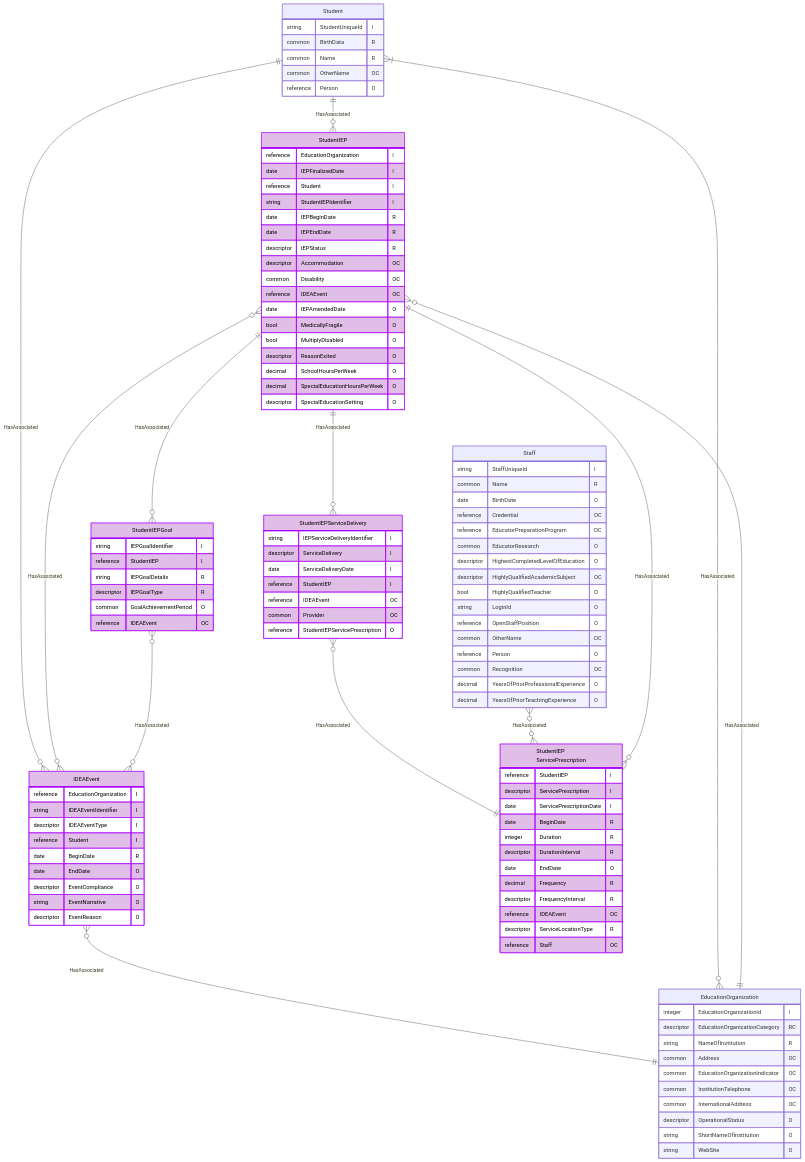
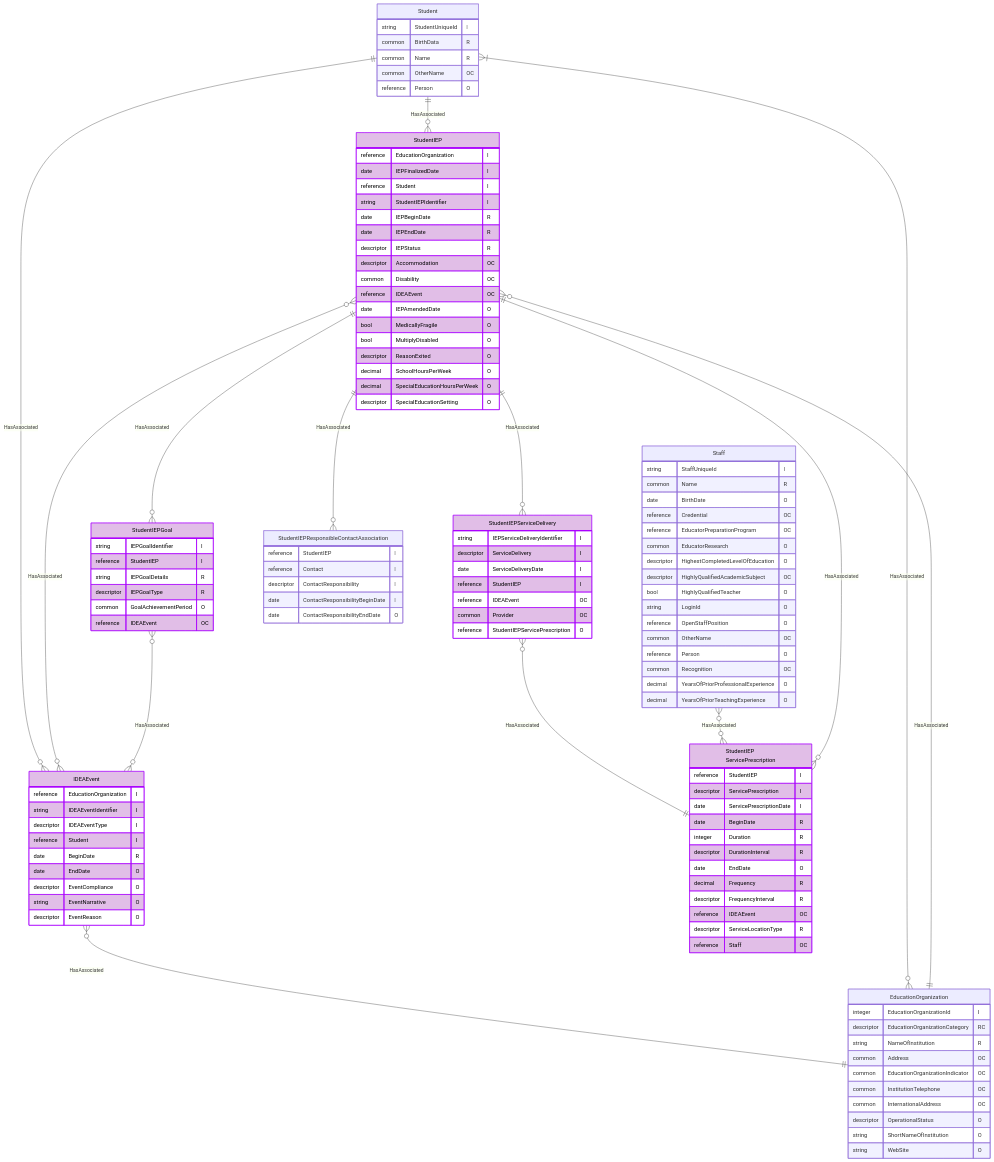
Before and after one commit to Ed-Fi-Alliance-OSS/ed-fi-alliance-oss.github.io: the diagram in dataStandard_versioned_docs/version-6/model-reference/special-education-data-model-domain/SpecialEducationDataModel.mmd, drawn with Mermaid. The commit also changed 4 other files, not shown here.

```diff
--- a/dataStandard_versioned_docs/version-6/model-reference/special-education-data-model-domain/SpecialEducationDataModel.mmd
+++ b/dataStandard_versioned_docs/version-6/model-reference/special-education-data-model-domain/SpecialEducationDataModel.mmd
@@ -1,124 +1,134 @@
 erDiagram
  StudentIEP {
      reference EducationOrganization "I"
      date IEPFinalizedDate "I"
      reference Student "I"
      string StudentIEPIdentifier "I"
      date IEPBeginDate "R"
      date IEPEndDate "R"
      descriptor IEPStatus "R"
      descriptor Accommodation "OC"
      common Disability "OC"
      reference IDEAEvent "OC"
      date IEPAmendedDate "O"
      bool MedicallyFragile "O"
      bool MultiplyDisabled "O"
      descriptor ReasonExited "O"
      decimal SchoolHoursPerWeek "O"
      decimal SpecialEducationHoursPerWeek "O"
      descriptor SpecialEducationSetting "O"
  }
 
  IDEAEvent {
      reference EducationOrganization "I"
      string IDEAEventIdentifier "I"
      descriptor IDEAEventType "I"
      reference Student "I"
      date BeginDate "R"
      date EndDate "O"
      descriptor EventCompliance "O"
      string EventNarrative "O"
      descriptor EventReason "O"
  }
 
  EducationOrganization {
      integer EducationOrganizationId "I"
      descriptor EducationOrganizationCategory "RC"
      string NameOfInstitution "R"
      common Address "OC"
      common EducationOrganizationIndicator "OC"
      common InstitutionTelephone "OC"
      common InternationalAddress "OC"
      descriptor OperationalStatus "O"
      string ShortNameOfInstitution "O"
      string WebSite "O"
  }
 
  StudentIEPServicePrescription["StudentIEP<br/>ServicePrescription"] {
      reference StudentIEP "I"
      descriptor ServicePrescription "I"
      date ServicePrescriptionDate "I"
      date BeginDate "R"
      integer Duration "R"
      descriptor DurationInterval "R"
      date EndDate "O"
      decimal Frequency "R"
      descriptor FrequencyInterval "R"
      reference IDEAEvent "OC"
      descriptor ServiceLocationType "R"
      reference Staff "OC"
  }
 
  StudentIEPServiceDelivery {
      string IEPServiceDeliveryIdentifier "I"
      descriptor ServiceDelivery "I"
      date ServiceDeliveryDate "I"
      reference StudentIEP "I"
      reference IDEAEvent "OC"
      common Provider "OC"
      reference StudentIEPServicePrescription "O"
  }
 
  Student {
      string StudentUniqueId "I"
      common BirthData "R"
      common Name "R"
      common OtherName "OC"
      reference Person "O"
  }
 
  Staff {
      string StaffUniqueId "I"
      common Name "R"
      date BirthDate "O"
      reference Credential "OC"
      reference EducatorPreparationProgram "OC"
      common EducatorResearch "O"
      descriptor HighestCompletedLevelOfEducation "O"
      descriptor HighlyQualifiedAcademicSubject "OC"
      bool HighlyQualifiedTeacher "O"
      string LoginId "O"
      reference OpenStaffPosition "O"
      common OtherName "OC"
      reference Person "O"
      common Recognition "OC"
      decimal YearsOfPriorProfessionalExperience "O"
      decimal YearsOfPriorTeachingExperience "O"
  }
 
  StudentIEPGoal {
      string IEPGoalIdentifier "I"
      reference StudentIEP "I"
      string IEPGoalDetails "R"
      descriptor IEPGoalType "R"
      common GoalAchievementPeriod "O"
      reference IDEAEvent "OC"
  }
+
+ StudentIEPResponsibleContactAssociation {
+     reference StudentIEP "I"
+     reference Contact "I"
+     descriptor ContactResponsibility "I"
+     date ContactResponsibilityBeginDate "I"
+    date ContactResponsibilityEndDate "O"
+ }
+
     IDEAEvent }o--|| EducationOrganization : "HasAssociated"
     StudentIEPServicePrescription }o--|| StudentIEP : "HasAssociated"
     StudentIEP ||--o{ StudentIEPGoal : "HasAssociated"
+    StudentIEP ||--o{ StudentIEPResponsibleContactAssociation : "HasAssociated"
     StudentIEPServiceDelivery }o--|| StudentIEPServicePrescription : "HasAssociated"
     Student }|--o{ EducationOrganization : "HasAssociated"
     Student ||--o{ IDEAEvent : "HasAssociated"
     Student ||--o{ StudentIEP : "HasAssociated"
     StudentIEP }o--o{ IDEAEvent : "HasAssociated"
     Staff }o--o{ StudentIEPServicePrescription : "HasAssociated"
     StudentIEPGoal }o--o{ IDEAEvent : "HasAssociated"
     StudentIEP ||--o{ StudentIEPServiceDelivery : "HasAssociated"
     EducationOrganization ||--o{ StudentIEP : "HasAssociated"
 
     style StudentIEP fill:#E1BEE7,stroke:#AA00FF,color:#000000
     style IDEAEvent fill:#E1BEE7,stroke:#AA00FF,color:#000000
     style StudentIEPServicePrescription fill:#E1BEE7,stroke:#AA00FF,color:#000000
     style StudentIEPServiceDelivery fill:#E1BEE7,stroke:#AA00FF,color:#000000
     style StudentIEPGoal fill:#E1BEE7,stroke:#AA00FF,color:#000000
```
